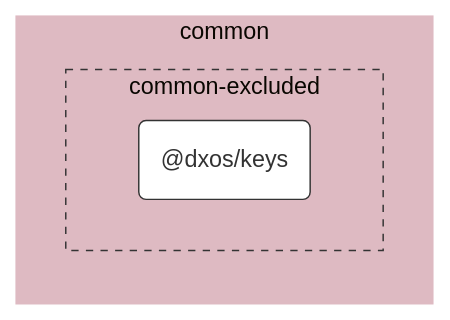
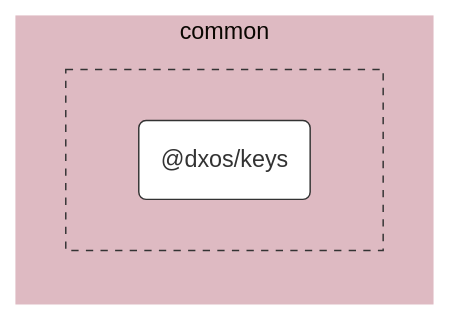
Before and after one commit to dxos/dxos: the diagram in packages/common/keys/docs/README.md, drawn with Mermaid (base theme). The commit also changed 52 other files, not shown here.

````diff
--- a/packages/common/keys/docs/README.md
+++ b/packages/common/keys/docs/README.md
@@ -7,24 +7,24 @@
 ```mermaid
 %%{ init: {'flowchart':{'curve':'basis'}} }%%
 
 flowchart LR
 
 %% Classes
 classDef def fill:#fff,stroke:#333,stroke-width:1px
 classDef root fill:#fff,stroke:#333,stroke-width:4px
 
 %% Nodes
 
 subgraph common [common]
   style common fill:#debac2,stroke:#fff
 
-  subgraph common-excluded [common-excluded]
+  subgraph common-excluded [ ]
     style common-excluded fill:#debac2,stroke:#333,stroke-dasharray:5 5
     dxos/keys("@dxos/keys"):::def
     click dxos/keys "dxos/dxos/tree/main/packages/common/keys/docs"
   end
 end
 
 %% Links
 linkStyle default stroke:#333,stroke-width:1px
 ```
````
